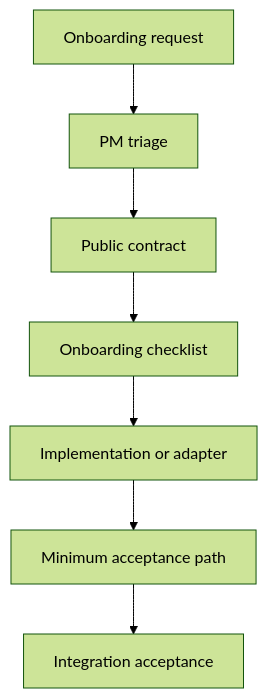
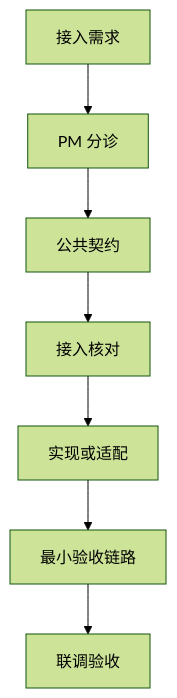
Before and after one commit to wz-gis/pm-dispatch-development: the third of 4 diagrams in README.md, drawn with Mermaid (forest theme). The commit also changed other lines of this file and 2 other files, not shown here.

````diff
--- a/README.md
+++ b/README.md
@@ -322,9 +307,9 @@
 ```mermaid
 flowchart TD
-    A["Onboarding request"] --> B["PM triage"]
-    B --> C["Public contract"]
-    C --> D["Onboarding checklist"]
-    D --> E["Implementation or adapter"]
-    E --> F["Minimum acceptance path"]
-    F --> G["Integration acceptance"]
+    A["接入需求"] --> B["PM 分诊"]
+    B --> C["公共契约"]
+    C --> D["接入核对"]
+    D --> E["实现或适配"]
+    E --> F["最小验收链路"]
+    F --> G["联调验收"]
 ```
````
